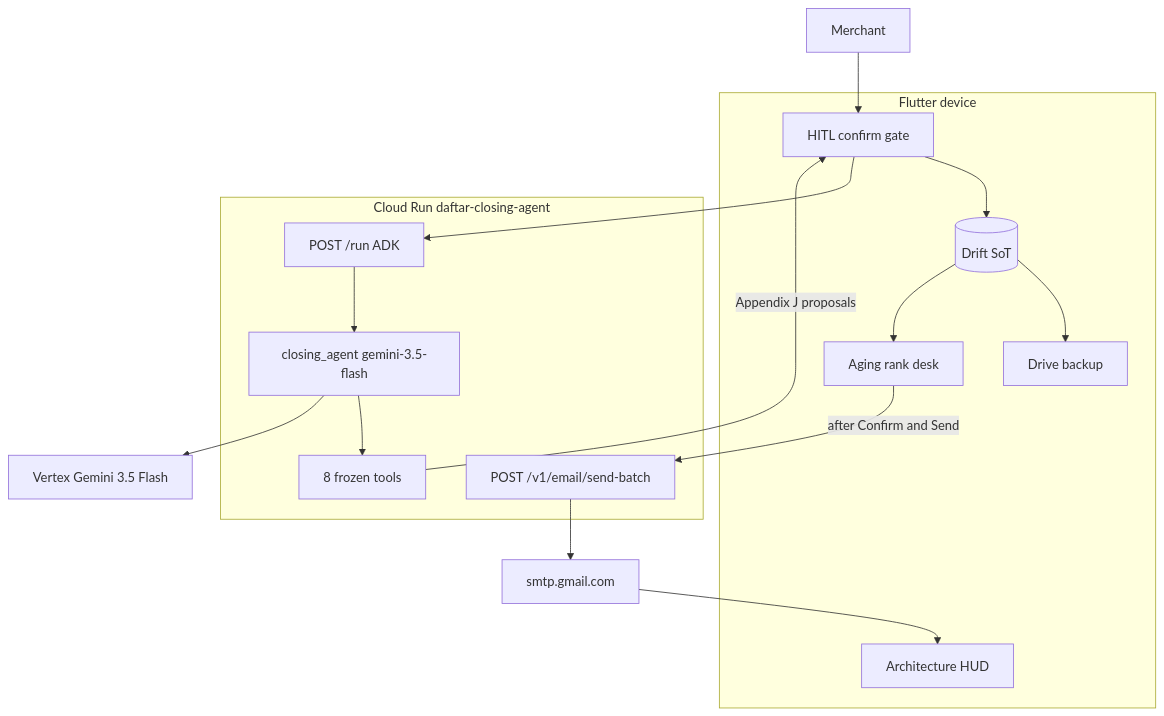
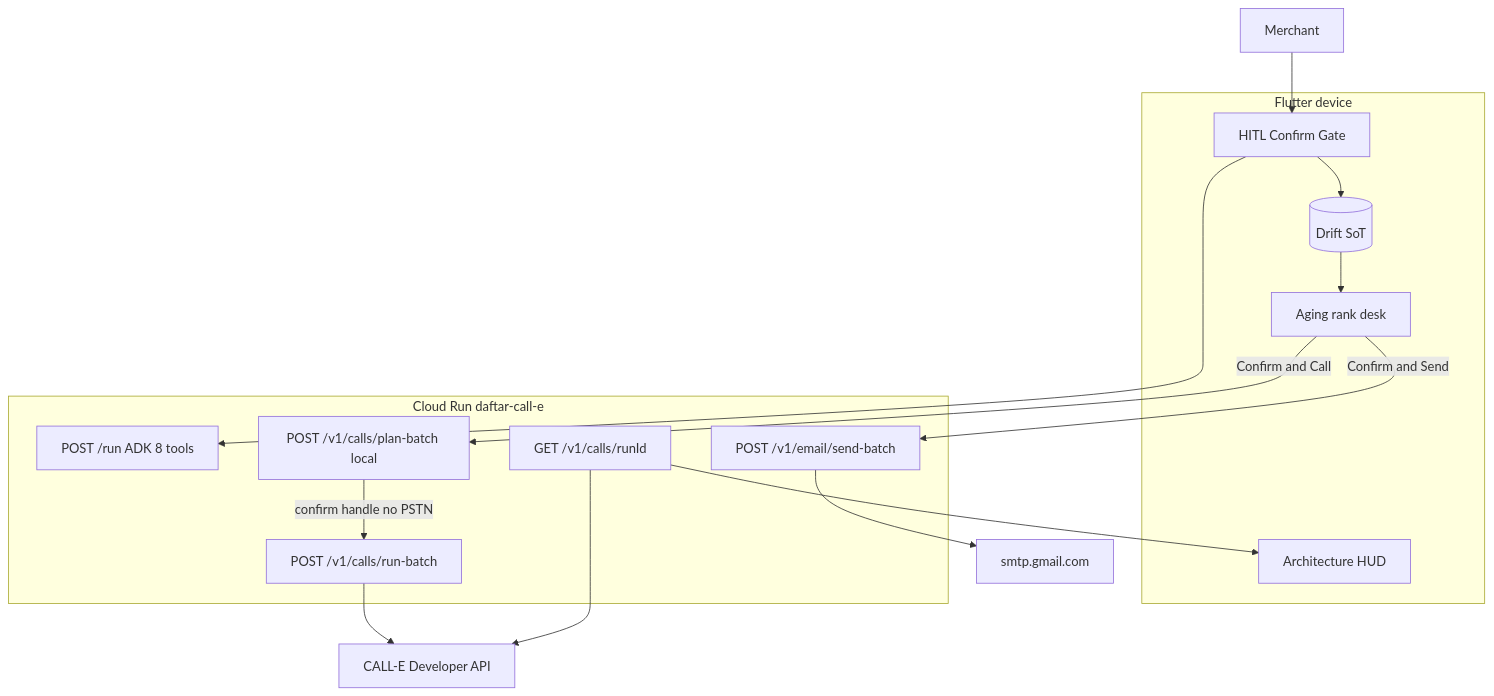
One commit to akrmcodes/daftar-call-e changed the first of 2 diagrams in docs/architecture/contest_architecture.md. Above: the diagram before and after it, drawn with Mermaid. The commit also changed other lines of this file and 4 other files, not shown here.

````diff
--- a/docs/architecture/contest_architecture.md
+++ b/docs/architecture/contest_architecture.md
@@ -28,34 +34,29 @@
 ```mermaid
 flowchart TB
   subgraph device [Flutter device]
-    flutterApp[HITL confirm gate]
+    hitl[HITL Confirm Gate]
     drift[(Drift SoT)]
-    drive[Drive backup]
     desk[Aging rank desk]
     hud[Architecture HUD]
-    flutterApp --> drift
-    drift --> drive
+    hitl --> drift
     drift --> desk
   end
-
-  subgraph cloud [Cloud Run daftar-closing-agent]
-    run["POST /run ADK"]
-    agent["closing_agent gemini-3.5-flash"]
-    tools["8 frozen tools"]
+  subgraph cloud [Cloud Run daftar-call-e]
+    run["POST /run ADK 8 tools"]
+    plan["POST /v1/calls/plan-batch local"]
+    create["POST /v1/calls/run-batch"]
+    poll["GET /v1/calls/runId"]
     send["POST /v1/email/send-batch"]
-    run --> agent
-    agent --> tools
   end
-
-  gemini[Vertex Gemini 3.5 Flash]
+  calle["CALL-E Developer API"]
   smtp[smtp.gmail.com]
-
-  merchant[Merchant]
-  merchant --> flutterApp
-  flutterApp --> run
-  agent --> gemini
-  tools -->|"Appendix J proposals"| flutterApp
-  desk -->|"after Confirm and Send"| send
+  merchant[Merchant] --> hitl
+  hitl --> run
+  desk -->|"Confirm and Call"| plan
+  plan -->|"confirm handle no PSTN"| create
+  create --> calle
+  poll --> calle
+  poll --> hud
+  desk -->|"Confirm and Send"| send
   send --> smtp
-  smtp --> hud
 ```
````
